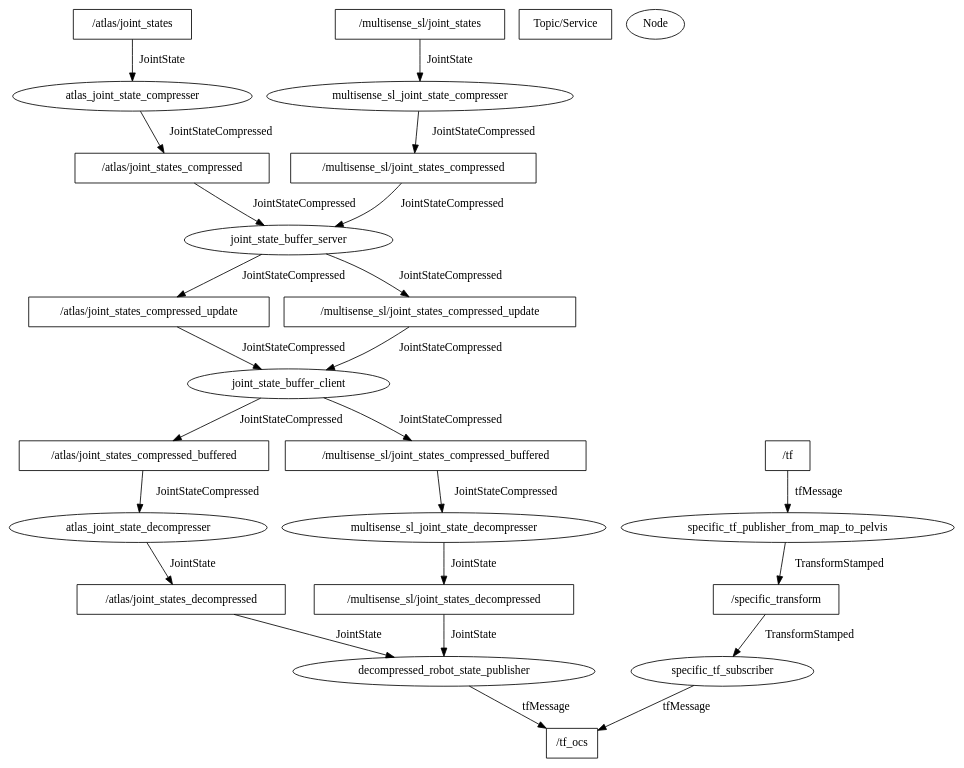
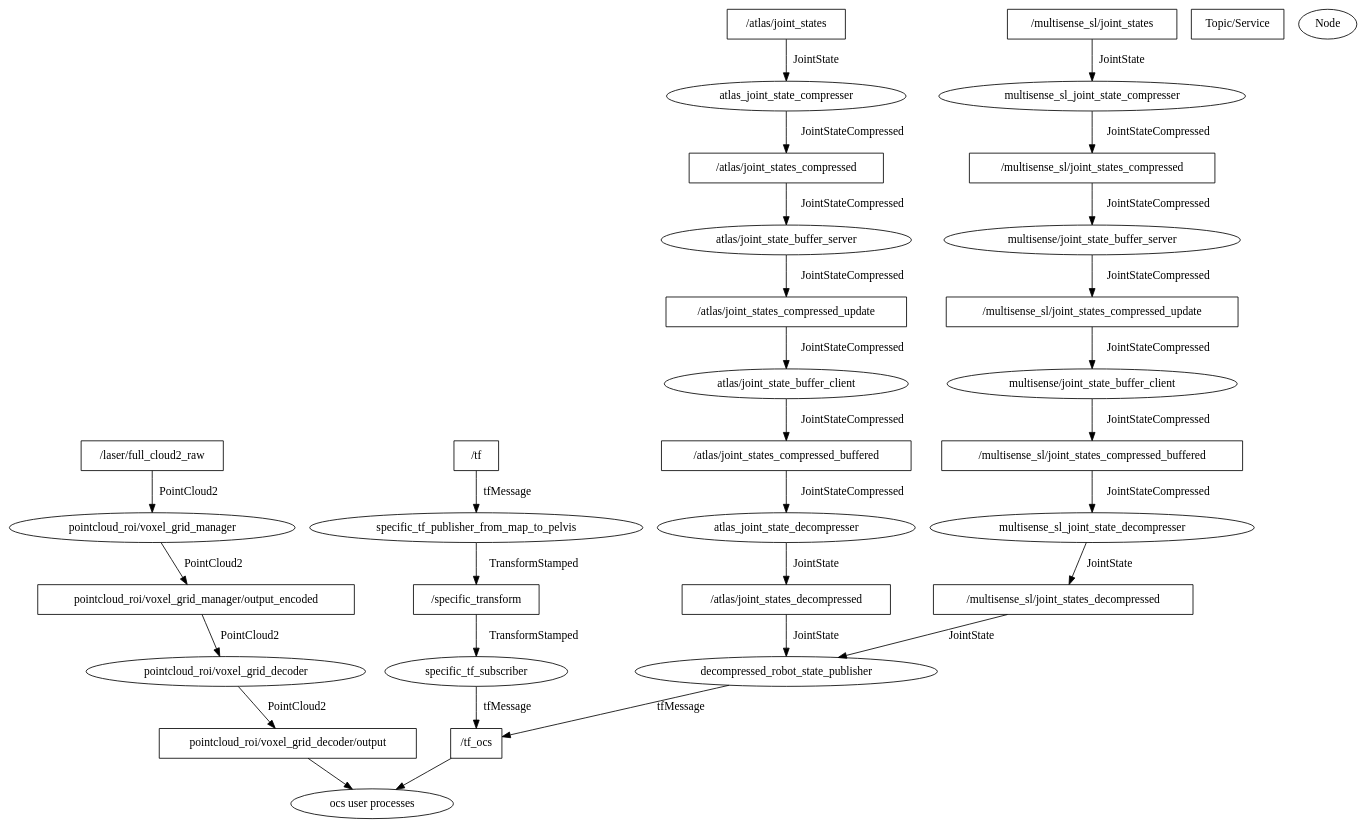
One commit to hsnuhayato/rtm-ros-robotics changed the diagram in rtmros_gazebo/hrpsys_gazebo_atlas/scripts/atlas_joint_states_pipeline.dot. Above: the diagram before and after it, drawn with Graphviz.

Commit message:
adding pointcloud

```diff
--- a/rtmros_gazebo/hrpsys_gazebo_atlas/scripts/atlas_joint_states_pipeline.dot
+++ b/rtmros_gazebo/hrpsys_gazebo_atlas/scripts/atlas_joint_states_pipeline.dot
@@ -1,57 +1,71 @@
 ## dot -O -Tpdf <this file>
 digraph atlas_tilt_laser {
    node[shape="ellipse"]
    "/atlas/joint_states" [shape="box"]
    "/multisense_sl/joint_states" [shape="box"]
    "/atlas/joint_states_compressed" [shape="box"]
    "/multisense_sl/joint_states_compressed" [shape="box"]
    "/atlas/joint_states_compressed_update" [shape="box"]
    "/multisense_sl/joint_states_compressed_update" [shape="box"]
    "/atlas/joint_states_compressed_buffered" [shape="box"]
    "/multisense_sl/joint_states_compressed_buffered" [shape="box"]
    "/atlas/joint_states_decompressed" [shape="box"]
    "/multisense_sl/joint_states_decompressed" [shape="box"]
    "/tf_ocs" [shape="box"]
    "/tf" [shape="box"]
+   
+   "/specific_transform" [shape="box"]
 
-   "/specific_transform" [shape="box"]
+   "/laser/full_cloud2_raw" [shape="box"]
+   "pointcloud_roi/voxel_grid_manager/output_encoded" [shape="box"]
+   "pointcloud_roi/voxel_grid_decoder/output" [shape="box"]
 
    "Topic/Service" [shape="box"]
    "Node" [shape="ellipse"]
+
 
    "/atlas/joint_states" -> "atlas_joint_state_compresser" [label="JointState"]
    "/multisense_sl/joint_states" -> "multisense_sl_joint_state_compresser" [label="JointState"]
 
    "atlas_joint_state_compresser" -> "/atlas/joint_states_compressed" [label="JointStateCompressed"]
-   "/atlas/joint_states_compressed" -> "joint_state_buffer_server" [label="JointStateCompressed"]
+   "/atlas/joint_states_compressed" -> "atlas/joint_state_buffer_server" [label="JointStateCompressed"]
 
    "multisense_sl_joint_state_compresser" -> "/multisense_sl/joint_states_compressed" [label="JointStateCompressed"]
-   "/multisense_sl/joint_states_compressed" -> "joint_state_buffer_server" [label="JointStateCompressed"]
+   "/multisense_sl/joint_states_compressed" -> "multisense/joint_state_buffer_server" [label="JointStateCompressed"]
 
-   "joint_state_buffer_server" -> "/atlas/joint_states_compressed_update" [label="JointStateCompressed"]
-   "/atlas/joint_states_compressed_update" -> "joint_state_buffer_client" [label="JointStateCompressed"]
+   "atlas/joint_state_buffer_server" -> "/atlas/joint_states_compressed_update" [label="JointStateCompressed"]
+   "/atlas/joint_states_compressed_update" -> "atlas/joint_state_buffer_client" [label="JointStateCompressed"]
 
-   "joint_state_buffer_server" -> "/multisense_sl/joint_states_compressed_update" [label="JointStateCompressed"]
-   "/multisense_sl/joint_states_compressed_update" -> "joint_state_buffer_client" [label="JointStateCompressed"]
+   "multisense/joint_state_buffer_server" -> "/multisense_sl/joint_states_compressed_update" [label="JointStateCompressed"]
+   "/multisense_sl/joint_states_compressed_update" -> "multisense/joint_state_buffer_client" [label="JointStateCompressed"]
 
-   "joint_state_buffer_client" -> "/atlas/joint_states_compressed_buffered" [label="JointStateCompressed"]
+   "atlas/joint_state_buffer_client" -> "/atlas/joint_states_compressed_buffered" [label="JointStateCompressed"]
    "/atlas/joint_states_compressed_buffered" -> "atlas_joint_state_decompresser" [label="JointStateCompressed"]
 
-   "joint_state_buffer_client" -> "/multisense_sl/joint_states_compressed_buffered" [label="JointStateCompressed"]
+   "multisense/joint_state_buffer_client" -> "/multisense_sl/joint_states_compressed_buffered" [label="JointStateCompressed"]
    "/multisense_sl/joint_states_compressed_buffered" -> "multisense_sl_joint_state_decompresser" [label="JointStateCompressed"]
 
    "atlas_joint_state_decompresser" -> "/atlas/joint_states_decompressed" [label="JointState"]
    "multisense_sl_joint_state_decompresser" -> "/multisense_sl/joint_states_decompressed" [label="JointState"]
    
 
    "/atlas/joint_states_decompressed" -> "decompressed_robot_state_publisher" [label="JointState"]
    "/multisense_sl/joint_states_decompressed" -> "decompressed_robot_state_publisher" [label="JointState"]
 
    "decompressed_robot_state_publisher" -> "/tf_ocs" [label="tfMessage"]
 
    "/tf" -> "specific_tf_publisher_from_map_to_pelvis" [label="tfMessage"]
    "specific_tf_publisher_from_map_to_pelvis" -> "/specific_transform" [label="TransformStamped"]
    "/specific_transform" -> "specific_tf_subscriber" [label="TransformStamped"]
    "specific_tf_subscriber" -> "/tf_ocs" [label="tfMessage"]
 
+
+   "/laser/full_cloud2_raw" -> "pointcloud_roi/voxel_grid_manager" [label="PointCloud2"]
+   "pointcloud_roi/voxel_grid_manager" -> "pointcloud_roi/voxel_grid_manager/output_encoded" [label="PointCloud2"]
+   "pointcloud_roi/voxel_grid_manager/output_encoded" -> "pointcloud_roi/voxel_grid_decoder" [label="PointCloud2"]
+   "pointcloud_roi/voxel_grid_decoder" -> "pointcloud_roi/voxel_grid_decoder/output" [label="PointCloud2"]
+   
+   "/tf_ocs" -> "ocs user processes"
+   "pointcloud_roi/voxel_grid_decoder/output" -> "ocs user processes"
+   
 }
```
